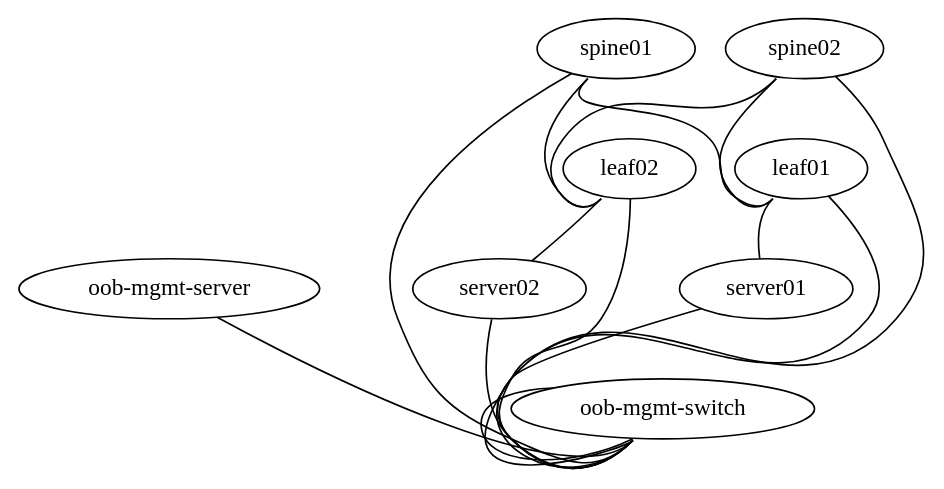
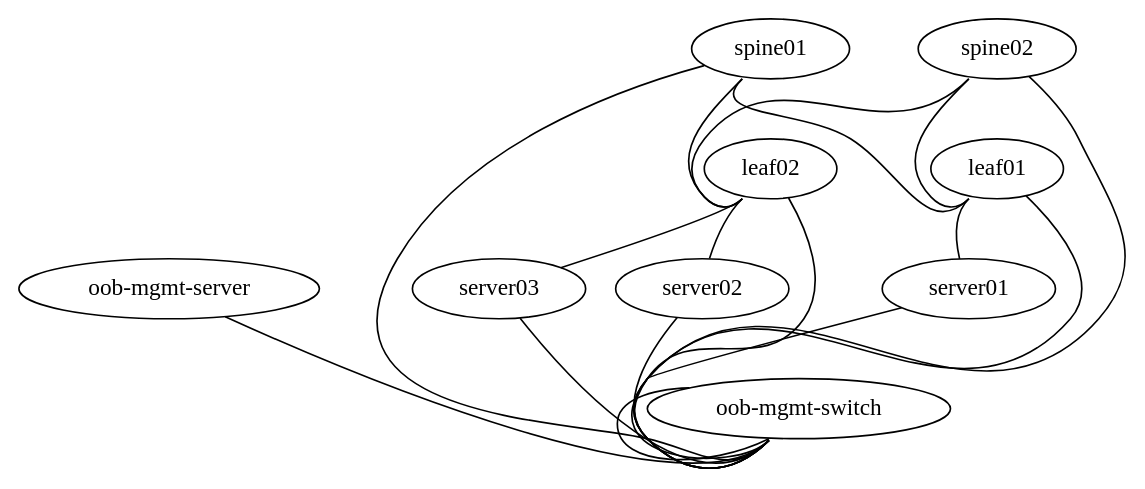
Before and after one commit to jubetz/hackathon-sim: the diagram in simulation/cldemo2.dot, drawn with Graphviz. The commit also changed 8 other files, not shown here.

```diff
--- a/simulation/cldemo2.dot
+++ b/simulation/cldemo2.dot
@@ -1,29 +1,32 @@
 graph dc {
    "oob-mgmt-server"  [function="oob-server" mgmt_ip="192.168.200.1" os="generic/ubuntu1804" vagrant_user="cumulus" ]
    "oob-mgmt-switch"  [function="oob-switch" mgmt_ip="192.168.200.2" version="4.2.1" ]
 
-   "spine01" [function="spine" version="4.2.1" mgmt_ip="192.168.200.21"]
-   "spine02" [function="spine" version="4.2.1" mgmt_ip="192.168.200.22"]
+   "spine01" [function="spine" version="4.2.1" mgmt_ip="192.168.200.21" vagrant="swp3"]
+   "spine02" [function="spine" version="4.2.1" mgmt_ip="192.168.200.22" vagrant="swp3"]
    "leaf01" [function="leaf" version="4.2.1" mgmt_ip="192.168.200.11"]
    "leaf02" [function="leaf" version="4.2.1" mgmt_ip="192.168.200.12"]
    
    "server01" [function="host" os="generic/ubuntu1804" config="helper_scripts/extra_server_config.sh" mgmt_ip="192.168.200.31"]
    "server02" [function="host" os="generic/ubuntu1804" config="helper_scripts/extra_server_config.sh" mgmt_ip="192.168.200.32"]
+   "server03" [function="host" os="generic/ubuntu1804" config="helper_scripts/extra_server_config.sh" mgmt_ip="192.168.200.33"]
 
    "spine01":"swp1" -- "leaf01":"swp51"
    "spine02":"swp1" -- "leaf01":"swp52"
    "spine01":"swp2" -- "leaf02":"swp51"
    "spine02":"swp2" -- "leaf02":"swp52"
 
    "leaf01":"swp1" -- "server01":"eth1"
    "leaf02":"swp1" -- "server02":"eth1"
+   "leaf02":"swp2" -- "server03":"eth1"
 
    "oob-mgmt-server":"eth1" -- "oob-mgmt-switch":"swp1"
    "server01":"eth0" -- "oob-mgmt-switch":"swp2" [left_mac="44:38:39:00:01:7e"]
    "server02":"eth0" -- "oob-mgmt-switch":"swp3" [left_mac="44:38:39:00:01:6e"]
    "leaf01":"eth0" -- "oob-mgmt-switch":"swp4" [left_mac="44:38:39:00:01:7a"]
    "leaf02":"eth0" -- "oob-mgmt-switch":"swp5" [left_mac="44:38:39:00:01:78"]
    "spine01":"eth0" -- "oob-mgmt-switch":"swp6" [left_mac="44:38:39:00:01:82"]
    "spine02":"eth0" -- "oob-mgmt-switch":"swp7" [left_mac="44:38:39:00:01:92"]
    "oob-mgmt-switch":"eth0" -- "oob-mgmt-switch":"swp8" [left_mac="44:38:39:00:01:91"]
+   "server03":"eth0" -- "oob-mgmt-switch":"swp9" [left_mac="44:38:39:00:01:94"]
 }
```
